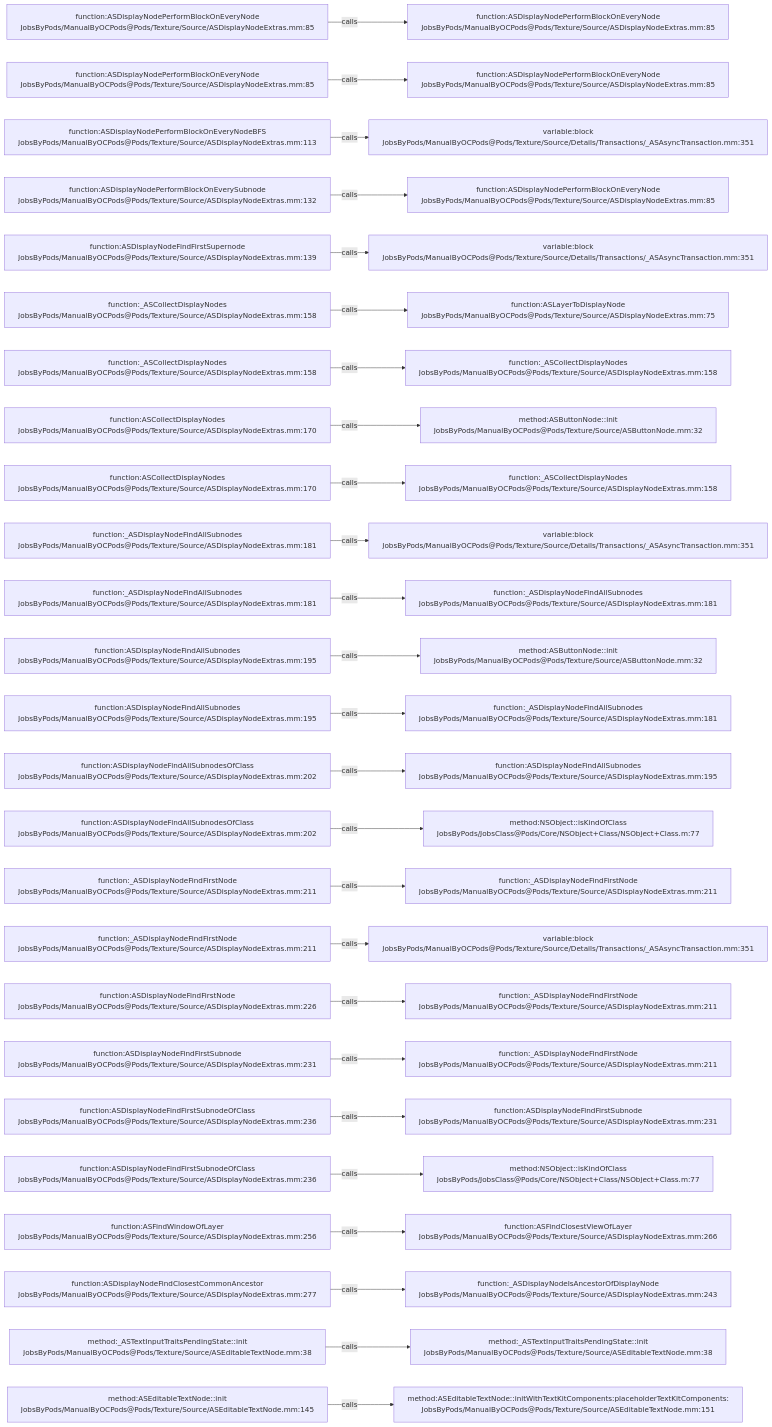
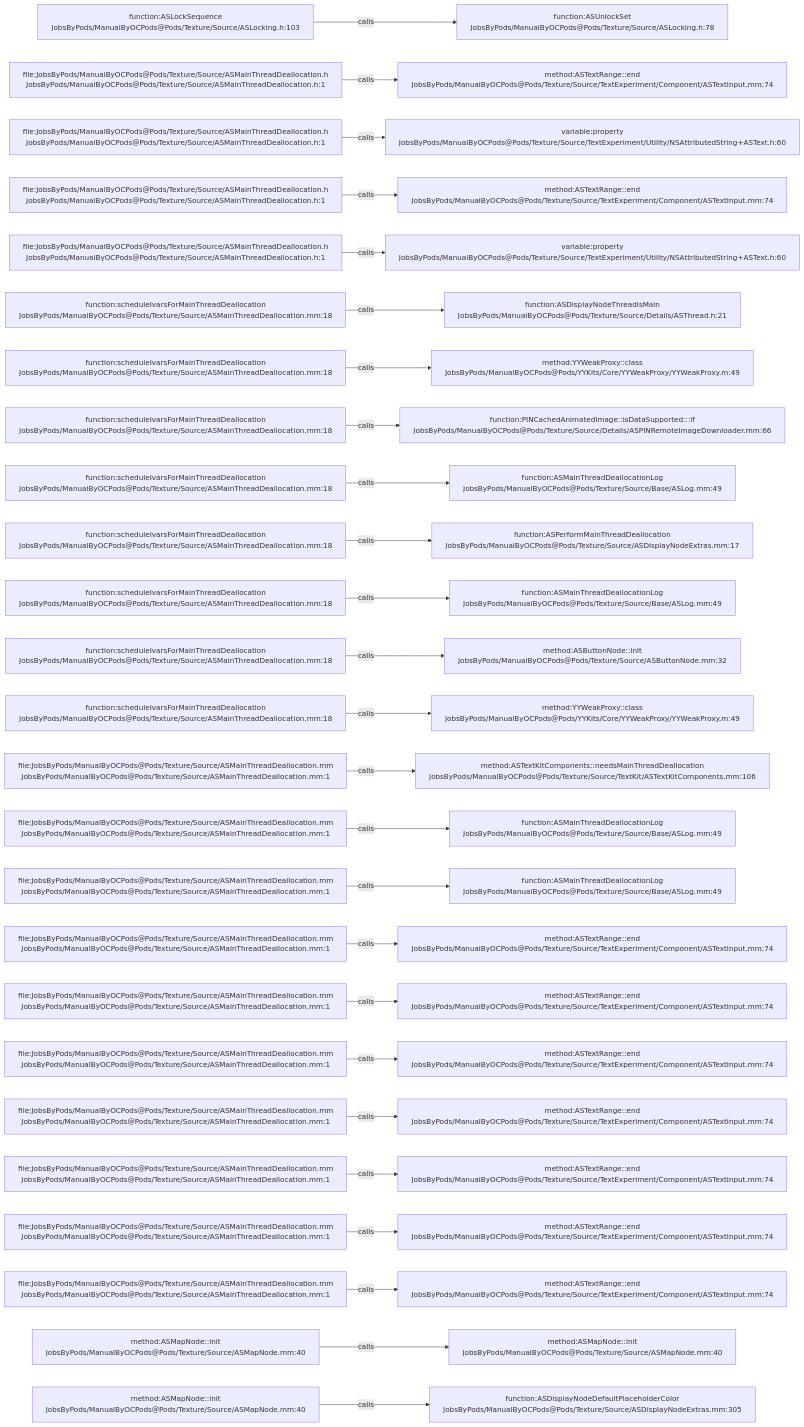
Before and after one commit to JobsKits/JobsOCBaseConfigDemo: the diagram in .codegraph/codegraph.md/graphs/calls-114.md, drawn with Mermaid. The commit also changed 1223 other files, not shown here.

````diff
--- a/.codegraph/codegraph.md/graphs/calls-114.md
+++ b/.codegraph/codegraph.md/graphs/calls-114.md
@@ -13,78 +13,78 @@
 ```mermaid
 flowchart LR
-  S1["function:ASDisplayNodePerformBlockOnEveryNode<br/>JobsByPods/ManualByOCPods@Pods/Texture/Source/ASDisplayNodeExtras.mm:85"]
-  T1["function:ASDisplayNodePerformBlockOnEveryNode<br/>JobsByPods/ManualByOCPods@Pods/Texture/Source/ASDisplayNodeExtras.mm:85"]
+  S1["function:ASLockSequence<br/>JobsByPods/ManualByOCPods@Pods/Texture/Source/ASLocking.h:103"]
+  T1["function:ASUnlockSet<br/>JobsByPods/ManualByOCPods@Pods/Texture/Source/ASLocking.h:78"]
   S1 -->|calls| T1
-  S2["function:ASDisplayNodePerformBlockOnEveryNode<br/>JobsByPods/ManualByOCPods@Pods/Texture/Source/ASDisplayNodeExtras.mm:85"]
-  T2["function:ASDisplayNodePerformBlockOnEveryNode<br/>JobsByPods/ManualByOCPods@Pods/Texture/Source/ASDisplayNodeExtras.mm:85"]
+  S2["file:JobsByPods/ManualByOCPods@Pods/Texture/Source/ASMainThreadDeallocation.h<br/>JobsByPods/ManualByOCPods@Pods/Texture/Source/ASMainThreadDeallocation.h:1"]
+  T2["method:ASTextRange::end<br/>JobsByPods/ManualByOCPods@Pods/Texture/Source/TextExperiment/Component/ASTextInput.mm:74"]
   S2 -->|calls| T2
-  S3["function:ASDisplayNodePerformBlockOnEveryNodeBFS<br/>JobsByPods/ManualByOCPods@Pods/Texture/Source/ASDisplayNodeExtras.mm:113"]
-  T3["variable:block<br/>JobsByPods/ManualByOCPods@Pods/Texture/Source/Details/Transactions/_ASAsyncTransaction.mm:351"]
+  S3["file:JobsByPods/ManualByOCPods@Pods/Texture/Source/ASMainThreadDeallocation.h<br/>JobsByPods/ManualByOCPods@Pods/Texture/Source/ASMainThreadDeallocation.h:1"]
+  T3["variable:property<br/>JobsByPods/ManualByOCPods@Pods/Texture/Source/TextExperiment/Utility/NSAttributedString+ASText.h:60"]
   S3 -->|calls| T3
-  S4["function:ASDisplayNodePerformBlockOnEverySubnode<br/>JobsByPods/ManualByOCPods@Pods/Texture/Source/ASDisplayNodeExtras.mm:132"]
-  T4["function:ASDisplayNodePerformBlockOnEveryNode<br/>JobsByPods/ManualByOCPods@Pods/Texture/Source/ASDisplayNodeExtras.mm:85"]
+  S4["file:JobsByPods/ManualByOCPods@Pods/Texture/Source/ASMainThreadDeallocation.h<br/>JobsByPods/ManualByOCPods@Pods/Texture/Source/ASMainThreadDeallocation.h:1"]
+  T4["method:ASTextRange::end<br/>JobsByPods/ManualByOCPods@Pods/Texture/Source/TextExperiment/Component/ASTextInput.mm:74"]
   S4 -->|calls| T4
-  S5["function:ASDisplayNodeFindFirstSupernode<br/>JobsByPods/ManualByOCPods@Pods/Texture/Source/ASDisplayNodeExtras.mm:139"]
-  T5["variable:block<br/>JobsByPods/ManualByOCPods@Pods/Texture/Source/Details/Transactions/_ASAsyncTransaction.mm:351"]
+  S5["file:JobsByPods/ManualByOCPods@Pods/Texture/Source/ASMainThreadDeallocation.h<br/>JobsByPods/ManualByOCPods@Pods/Texture/Source/ASMainThreadDeallocation.h:1"]
+  T5["variable:property<br/>JobsByPods/ManualByOCPods@Pods/Texture/Source/TextExperiment/Utility/NSAttributedString+ASText.h:60"]
   S5 -->|calls| T5
-  S6["function:_ASCollectDisplayNodes<br/>JobsByPods/ManualByOCPods@Pods/Texture/Source/ASDisplayNodeExtras.mm:158"]
-  T6["function:ASLayerToDisplayNode<br/>JobsByPods/ManualByOCPods@Pods/Texture/Source/ASDisplayNodeExtras.mm:75"]
+  S6["function:scheduleIvarsForMainThreadDeallocation<br/>JobsByPods/ManualByOCPods@Pods/Texture/Source/ASMainThreadDeallocation.mm:18"]
+  T6["function:ASDisplayNodeThreadIsMain<br/>JobsByPods/ManualByOCPods@Pods/Texture/Source/Details/ASThread.h:21"]
   S6 -->|calls| T6
-  S7["function:_ASCollectDisplayNodes<br/>JobsByPods/ManualByOCPods@Pods/Texture/Source/ASDisplayNodeExtras.mm:158"]
-  T7["function:_ASCollectDisplayNodes<br/>JobsByPods/ManualByOCPods@Pods/Texture/Source/ASDisplayNodeExtras.mm:158"]
+  S7["function:scheduleIvarsForMainThreadDeallocation<br/>JobsByPods/ManualByOCPods@Pods/Texture/Source/ASMainThreadDeallocation.mm:18"]
+  T7["method:YYWeakProxy::class<br/>JobsByPods/ManualByOCPods@Pods/YYKits/Core/YYWeakProxy/YYWeakProxy.m:49"]
   S7 -->|calls| T7
-  S8["function:ASCollectDisplayNodes<br/>JobsByPods/ManualByOCPods@Pods/Texture/Source/ASDisplayNodeExtras.mm:170"]
-  T8["method:ASButtonNode::init<br/>JobsByPods/ManualByOCPods@Pods/Texture/Source/ASButtonNode.mm:32"]
+  S8["function:scheduleIvarsForMainThreadDeallocation<br/>JobsByPods/ManualByOCPods@Pods/Texture/Source/ASMainThreadDeallocation.mm:18"]
+  T8["function:PINCachedAnimatedImage::isDataSupported:::if<br/>JobsByPods/ManualByOCPods@Pods/Texture/Source/Details/ASPINRemoteImageDownloader.mm:66"]
   S8 -->|calls| T8
-  S9["function:ASCollectDisplayNodes<br/>JobsByPods/ManualByOCPods@Pods/Texture/Source/ASDisplayNodeExtras.mm:170"]
-  T9["function:_ASCollectDisplayNodes<br/>JobsByPods/ManualByOCPods@Pods/Texture/Source/ASDisplayNodeExtras.mm:158"]
+  S9["function:scheduleIvarsForMainThreadDeallocation<br/>JobsByPods/ManualByOCPods@Pods/Texture/Source/ASMainThreadDeallocation.mm:18"]
+  T9["function:ASMainThreadDeallocationLog<br/>JobsByPods/ManualByOCPods@Pods/Texture/Source/Base/ASLog.mm:49"]
   S9 -->|calls| T9
-  S10["function:_ASDisplayNodeFindAllSubnodes<br/>JobsByPods/ManualByOCPods@Pods/Texture/Source/ASDisplayNodeExtras.mm:181"]
-  T10["variable:block<br/>JobsByPods/ManualByOCPods@Pods/Texture/Source/Details/Transactions/_ASAsyncTransaction.mm:351"]
+  S10["function:scheduleIvarsForMainThreadDeallocation<br/>JobsByPods/ManualByOCPods@Pods/Texture/Source/ASMainThreadDeallocation.mm:18"]
+  T10["function:ASPerformMainThreadDeallocation<br/>JobsByPods/ManualByOCPods@Pods/Texture/Source/ASDisplayNodeExtras.mm:17"]
   S10 -->|calls| T10
-  S11["function:_ASDisplayNodeFindAllSubnodes<br/>JobsByPods/ManualByOCPods@Pods/Texture/Source/ASDisplayNodeExtras.mm:181"]
-  T11["function:_ASDisplayNodeFindAllSubnodes<br/>JobsByPods/ManualByOCPods@Pods/Texture/Source/ASDisplayNodeExtras.mm:181"]
+  S11["function:scheduleIvarsForMainThreadDeallocation<br/>JobsByPods/ManualByOCPods@Pods/Texture/Source/ASMainThreadDeallocation.mm:18"]
+  T11["function:ASMainThreadDeallocationLog<br/>JobsByPods/ManualByOCPods@Pods/Texture/Source/Base/ASLog.mm:49"]
   S11 -->|calls| T11
-  S12["function:ASDisplayNodeFindAllSubnodes<br/>JobsByPods/ManualByOCPods@Pods/Texture/Source/ASDisplayNodeExtras.mm:195"]
+  S12["function:scheduleIvarsForMainThreadDeallocation<br/>JobsByPods/ManualByOCPods@Pods/Texture/Source/ASMainThreadDeallocation.mm:18"]
   T12["method:ASButtonNode::init<br/>JobsByPods/ManualByOCPods@Pods/Texture/Source/ASButtonNode.mm:32"]
   S12 -->|calls| T12
-  S13["function:ASDisplayNodeFindAllSubnodes<br/>JobsByPods/ManualByOCPods@Pods/Texture/Source/ASDisplayNodeExtras.mm:195"]
-  T13["function:_ASDisplayNodeFindAllSubnodes<br/>JobsByPods/ManualByOCPods@Pods/Texture/Source/ASDisplayNodeExtras.mm:181"]
+  S13["function:scheduleIvarsForMainThreadDeallocation<br/>JobsByPods/ManualByOCPods@Pods/Texture/Source/ASMainThreadDeallocation.mm:18"]
+  T13["method:YYWeakProxy::class<br/>JobsByPods/ManualByOCPods@Pods/YYKits/Core/YYWeakProxy/YYWeakProxy.m:49"]
   S13 -->|calls| T13
-  S14["function:ASDisplayNodeFindAllSubnodesOfClass<br/>JobsByPods/ManualByOCPods@Pods/Texture/Source/ASDisplayNodeExtras.mm:202"]
-  T14["function:ASDisplayNodeFindAllSubnodes<br/>JobsByPods/ManualByOCPods@Pods/Texture/Source/ASDisplayNodeExtras.mm:195"]
+  S14["file:JobsByPods/ManualByOCPods@Pods/Texture/Source/ASMainThreadDeallocation.mm<br/>JobsByPods/ManualByOCPods@Pods/Texture/Source/ASMainThreadDeallocation.mm:1"]
+  T14["method:ASTextKitComponents::needsMainThreadDeallocation<br/>JobsByPods/ManualByOCPods@Pods/Texture/Source/TextKit/ASTextKitComponents.mm:106"]
   S14 -->|calls| T14
-  S15["function:ASDisplayNodeFindAllSubnodesOfClass<br/>JobsByPods/ManualByOCPods@Pods/Texture/Source/ASDisplayNodeExtras.mm:202"]
-  T15["method:NSObject::isKindOfClass<br/>JobsByPods/JobsClass@Pods/Core/NSObject+Class/NSObject+Class.m:77"]
+  S15["file:JobsByPods/ManualByOCPods@Pods/Texture/Source/ASMainThreadDeallocation.mm<br/>JobsByPods/ManualByOCPods@Pods/Texture/Source/ASMainThreadDeallocation.mm:1"]
+  T15["function:ASMainThreadDeallocationLog<br/>JobsByPods/ManualByOCPods@Pods/Texture/Source/Base/ASLog.mm:49"]
   S15 -->|calls| T15
-  S16["function:_ASDisplayNodeFindFirstNode<br/>JobsByPods/ManualByOCPods@Pods/Texture/Source/ASDisplayNodeExtras.mm:211"]
-  T16["function:_ASDisplayNodeFindFirstNode<br/>JobsByPods/ManualByOCPods@Pods/Texture/Source/ASDisplayNodeExtras.mm:211"]
+  S16["file:JobsByPods/ManualByOCPods@Pods/Texture/Source/ASMainThreadDeallocation.mm<br/>JobsByPods/ManualByOCPods@Pods/Texture/Source/ASMainThreadDeallocation.mm:1"]
+  T16["function:ASMainThreadDeallocationLog<br/>JobsByPods/ManualByOCPods@Pods/Texture/Source/Base/ASLog.mm:49"]
   S16 -->|calls| T16
-  S17["function:_ASDisplayNodeFindFirstNode<br/>JobsByPods/ManualByOCPods@Pods/Texture/Source/ASDisplayNodeExtras.mm:211"]
-  T17["variable:block<br/>JobsByPods/ManualByOCPods@Pods/Texture/Source/Details/Transactions/_ASAsyncTransaction.mm:351"]
+  S17["file:JobsByPods/ManualByOCPods@Pods/Texture/Source/ASMainThreadDeallocation.mm<br/>JobsByPods/ManualByOCPods@Pods/Texture/Source/ASMainThreadDeallocation.mm:1"]
+  T17["method:ASTextRange::end<br/>JobsByPods/ManualByOCPods@Pods/Texture/Source/TextExperiment/Component/ASTextInput.mm:74"]
   S17 -->|calls| T17
-  S18["function:ASDisplayNodeFindFirstNode<br/>JobsByPods/ManualByOCPods@Pods/Texture/Source/ASDisplayNodeExtras.mm:226"]
-  T18["function:_ASDisplayNodeFindFirstNode<br/>JobsByPods/ManualByOCPods@Pods/Texture/Source/ASDisplayNodeExtras.mm:211"]
+  S18["file:JobsByPods/ManualByOCPods@Pods/Texture/Source/ASMainThreadDeallocation.mm<br/>JobsByPods/ManualByOCPods@Pods/Texture/Source/ASMainThreadDeallocation.mm:1"]
+  T18["method:ASTextRange::end<br/>JobsByPods/ManualByOCPods@Pods/Texture/Source/TextExperiment/Component/ASTextInput.mm:74"]
   S18 -->|calls| T18
-  S19["function:ASDisplayNodeFindFirstSubnode<br/>JobsByPods/ManualByOCPods@Pods/Texture/Source/ASDisplayNodeExtras.mm:231"]
-  T19["function:_ASDisplayNodeFindFirstNode<br/>JobsByPods/ManualByOCPods@Pods/Texture/Source/ASDisplayNodeExtras.mm:211"]
+  S19["file:JobsByPods/ManualByOCPods@Pods/Texture/Source/ASMainThreadDeallocation.mm<br/>JobsByPods/ManualByOCPods@Pods/Texture/Source/ASMainThreadDeallocation.mm:1"]
+  T19["method:ASTextRange::end<br/>JobsByPods/ManualByOCPods@Pods/Texture/Source/TextExperiment/Component/ASTextInput.mm:74"]
   S19 -->|calls| T19
-  S20["function:ASDisplayNodeFindFirstSubnodeOfClass<br/>JobsByPods/ManualByOCPods@Pods/Texture/Source/ASDisplayNodeExtras.mm:236"]
-  T20["function:ASDisplayNodeFindFirstSubnode<br/>JobsByPods/ManualByOCPods@Pods/Texture/Source/ASDisplayNodeExtras.mm:231"]
+  S20["file:JobsByPods/ManualByOCPods@Pods/Texture/Source/ASMainThreadDeallocation.mm<br/>JobsByPods/ManualByOCPods@Pods/Texture/Source/ASMainThreadDeallocation.mm:1"]
+  T20["method:ASTextRange::end<br/>JobsByPods/ManualByOCPods@Pods/Texture/Source/TextExperiment/Component/ASTextInput.mm:74"]
   S20 -->|calls| T20
-  S21["function:ASDisplayNodeFindFirstSubnodeOfClass<br/>JobsByPods/ManualByOCPods@Pods/Texture/Source/ASDisplayNodeExtras.mm:236"]
-  T21["method:NSObject::isKindOfClass<br/>JobsByPods/JobsClass@Pods/Core/NSObject+Class/NSObject+Class.m:77"]
+  S21["file:JobsByPods/ManualByOCPods@Pods/Texture/Source/ASMainThreadDeallocation.mm<br/>JobsByPods/ManualByOCPods@Pods/Texture/Source/ASMainThreadDeallocation.mm:1"]
+  T21["method:ASTextRange::end<br/>JobsByPods/ManualByOCPods@Pods/Texture/Source/TextExperiment/Component/ASTextInput.mm:74"]
   S21 -->|calls| T21
-  S22["function:ASFindWindowOfLayer<br/>JobsByPods/ManualByOCPods@Pods/Texture/Source/ASDisplayNodeExtras.mm:256"]
-  T22["function:ASFindClosestViewOfLayer<br/>JobsByPods/ManualByOCPods@Pods/Texture/Source/ASDisplayNodeExtras.mm:266"]
+  S22["file:JobsByPods/ManualByOCPods@Pods/Texture/Source/ASMainThreadDeallocation.mm<br/>JobsByPods/ManualByOCPods@Pods/Texture/Source/ASMainThreadDeallocation.mm:1"]
+  T22["method:ASTextRange::end<br/>JobsByPods/ManualByOCPods@Pods/Texture/Source/TextExperiment/Component/ASTextInput.mm:74"]
   S22 -->|calls| T22
-  S23["function:ASDisplayNodeFindClosestCommonAncestor<br/>JobsByPods/ManualByOCPods@Pods/Texture/Source/ASDisplayNodeExtras.mm:277"]
-  T23["function:_ASDisplayNodeIsAncestorOfDisplayNode<br/>JobsByPods/ManualByOCPods@Pods/Texture/Source/ASDisplayNodeExtras.mm:243"]
+  S23["file:JobsByPods/ManualByOCPods@Pods/Texture/Source/ASMainThreadDeallocation.mm<br/>JobsByPods/ManualByOCPods@Pods/Texture/Source/ASMainThreadDeallocation.mm:1"]
+  T23["method:ASTextRange::end<br/>JobsByPods/ManualByOCPods@Pods/Texture/Source/TextExperiment/Component/ASTextInput.mm:74"]
   S23 -->|calls| T23
-  S24["method:_ASTextInputTraitsPendingState::init<br/>JobsByPods/ManualByOCPods@Pods/Texture/Source/ASEditableTextNode.mm:38"]
-  T24["method:_ASTextInputTraitsPendingState::init<br/>JobsByPods/ManualByOCPods@Pods/Texture/Source/ASEditableTextNode.mm:38"]
+  S24["method:ASMapNode::init<br/>JobsByPods/ManualByOCPods@Pods/Texture/Source/ASMapNode.mm:40"]
+  T24["method:ASMapNode::init<br/>JobsByPods/ManualByOCPods@Pods/Texture/Source/ASMapNode.mm:40"]
   S24 -->|calls| T24
-  S25["method:ASEditableTextNode::init<br/>JobsByPods/ManualByOCPods@Pods/Texture/Source/ASEditableTextNode.mm:145"]
-  T25["method:ASEditableTextNode::initWithTextKitComponents:placeholderTextKitComponents:<br/>JobsByPods/ManualByOCPods@Pods/Texture/Source/ASEditableTextNode.mm:151"]
+  S25["method:ASMapNode::init<br/>JobsByPods/ManualByOCPods@Pods/Texture/Source/ASMapNode.mm:40"]
+  T25["function:ASDisplayNodeDefaultPlaceholderColor<br/>JobsByPods/ManualByOCPods@Pods/Texture/Source/ASDisplayNodeExtras.mm:305"]
   S25 -->|calls| T25
 ```
````
